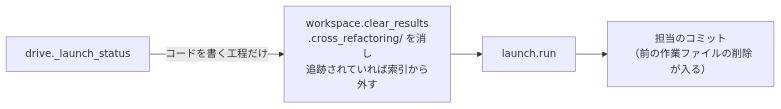
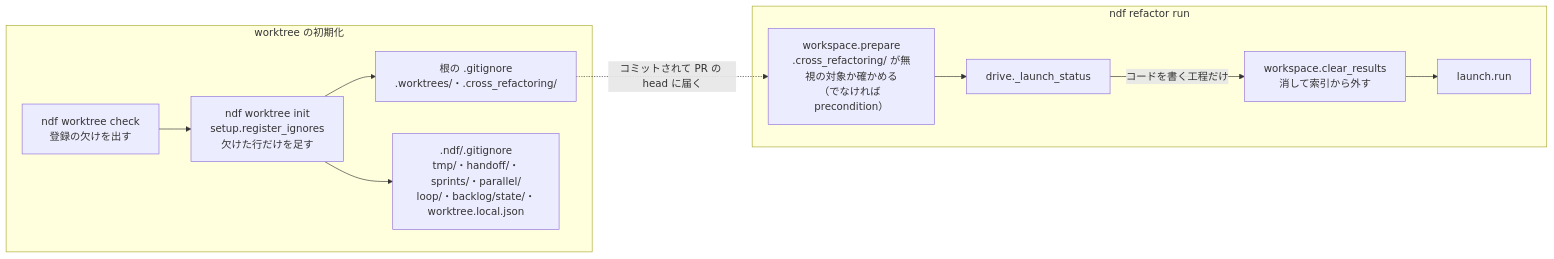
Before and after one commit to devbasex/ai-plugins: the second of 2 diagrams in issues/issue-3500-design.md, drawn with Mermaid. The commit also changed other lines of this file and 2 other files, not shown here.

First line of the commit message:
Docs: #3500 の設計を 2 回目の承認ゲートの回答で直す（.gitignore への登録を worktree の初期化へまとめる）

````diff
--- a/issues/issue-3500-design.md
+++ b/issues/issue-3500-design.md
@@ -32,6 +53,14 @@
 ```mermaid
 flowchart LR
-  D["drive._launch_status"] -->|"コードを書く工程だけ"| C["workspace.clear_results<br/>.cross_refactoring/ を消し<br/>追跡されていれば索引から外す"]
-  C --> L["launch.run"]
-  L --> F["担当のコミット<br/>（前の作業ファイルの削除が入る）"]
+  subgraph init["worktree の初期化"]
+    CK["ndf worktree check<br/>登録の欠けを出す"] --> IN["ndf worktree init<br/>setup.register_ignores<br/>欠けた行だけを足す"]
+    IN --> GI1["根の .gitignore<br/>.worktrees/・.cross_refactoring/"]
+    IN --> GI2[".ndf/.gitignore<br/>tmp/・handoff/・sprints/・parallel/<br/>loop/・backlog/state/・worktree.local.json"]
+  end
+  subgraph refactor["ndf refactor run"]
+    P["workspace.prepare<br/>.cross_refactoring/ が無視の対象か確かめる<br/>（でなければ precondition）"] --> D["drive._launch_status"]
+    D -->|"コードを書く工程だけ"| CL["workspace.clear_results<br/>消して索引から外す"]
+    CL --> L["launch.run"]
+  end
+  GI1 -.->|"コミットされて PR の head に届く"| P
 ```
````
